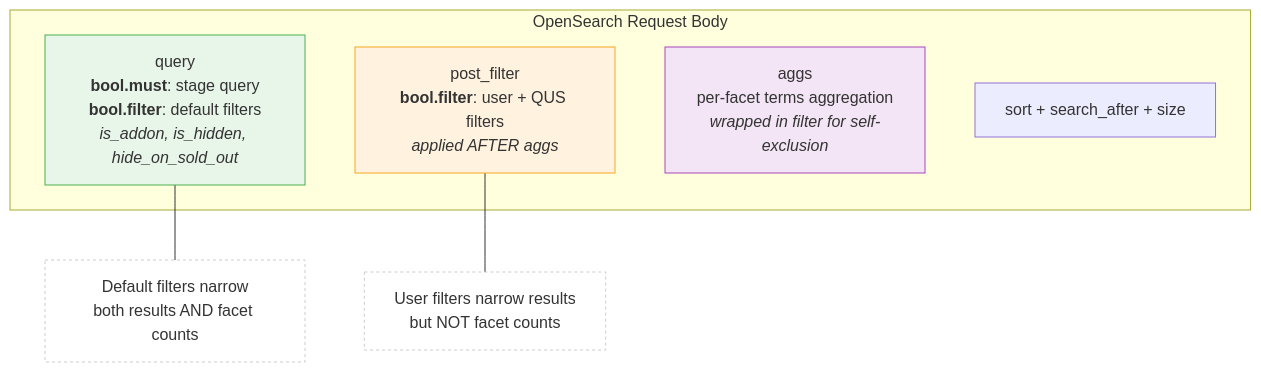
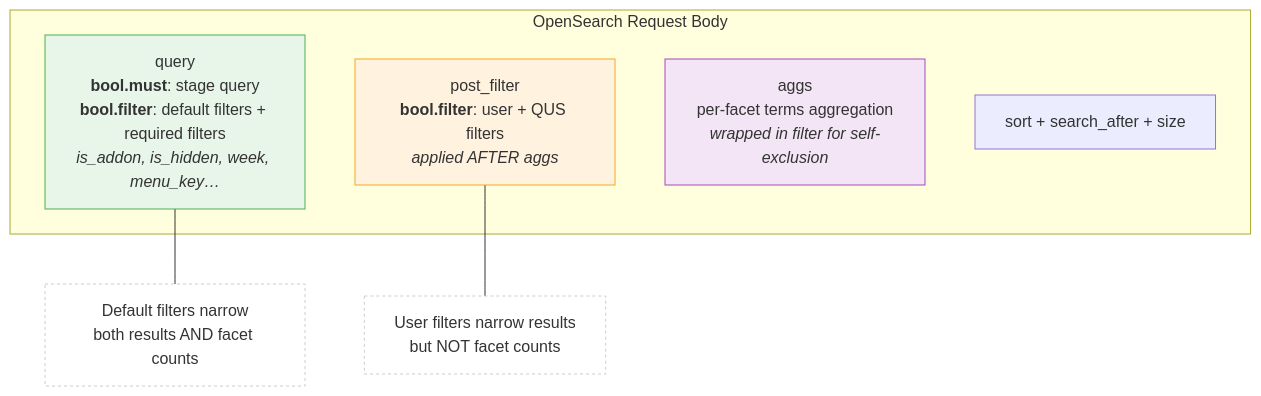
Before and after one commit to ahmedalaahagag/search-orchestrator: the third of 5 diagrams in docs/orchestration-process.md, drawn with Mermaid. The commit also changed other lines of this file and 2 other files, not shown here.

First line of the commit message:
chore: gitignore scripts/ and document RequiredFilters

````diff
--- a/docs/orchestration-process.md
+++ b/docs/orchestration-process.md
@@ -79,18 +79,18 @@
 ```mermaid
 flowchart TD
     subgraph OpenSearch Request Body
-        Q[query<br/><b>bool.must</b>: stage query<br/><b>bool.filter</b>: default filters<br/><i>is_addon, is_hidden, hide_on_sold_out</i>]
+        Q[query<br/><b>bool.must</b>: stage query<br/><b>bool.filter</b>: default filters + required filters<br/><i>is_addon, is_hidden, week, menu_key…</i>]
         PF[post_filter<br/><b>bool.filter</b>: user + QUS filters<br/><i>applied AFTER aggs</i>]
         AGG[aggs<br/>per-facet terms aggregation<br/><i>wrapped in filter for self-exclusion</i>]
         SORT[sort + search_after + size]
     end
 
     Q --- NOTE1[Default filters narrow<br/>both results AND facet counts]
     PF --- NOTE2[User filters narrow results<br/>but NOT facet counts]
 
     style Q fill:#e8f5e9,stroke:#4caf50
     style PF fill:#fff3e0,stroke:#f5a623
     style AGG fill:#f3e5f5,stroke:#ab47bc
     style NOTE1 fill:#fff,stroke:#ccc,stroke-dasharray: 3 3
     style NOTE2 fill:#fff,stroke:#ccc,stroke-dasharray: 3 3
 ```
````
